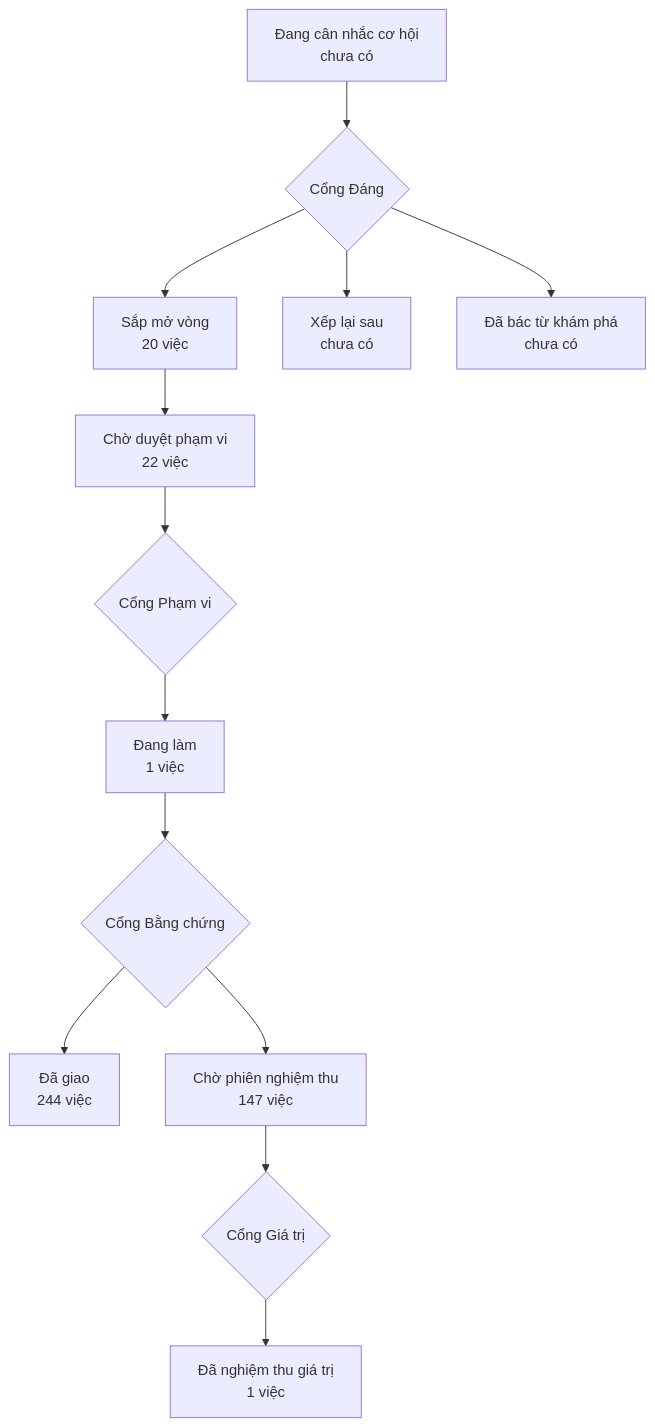
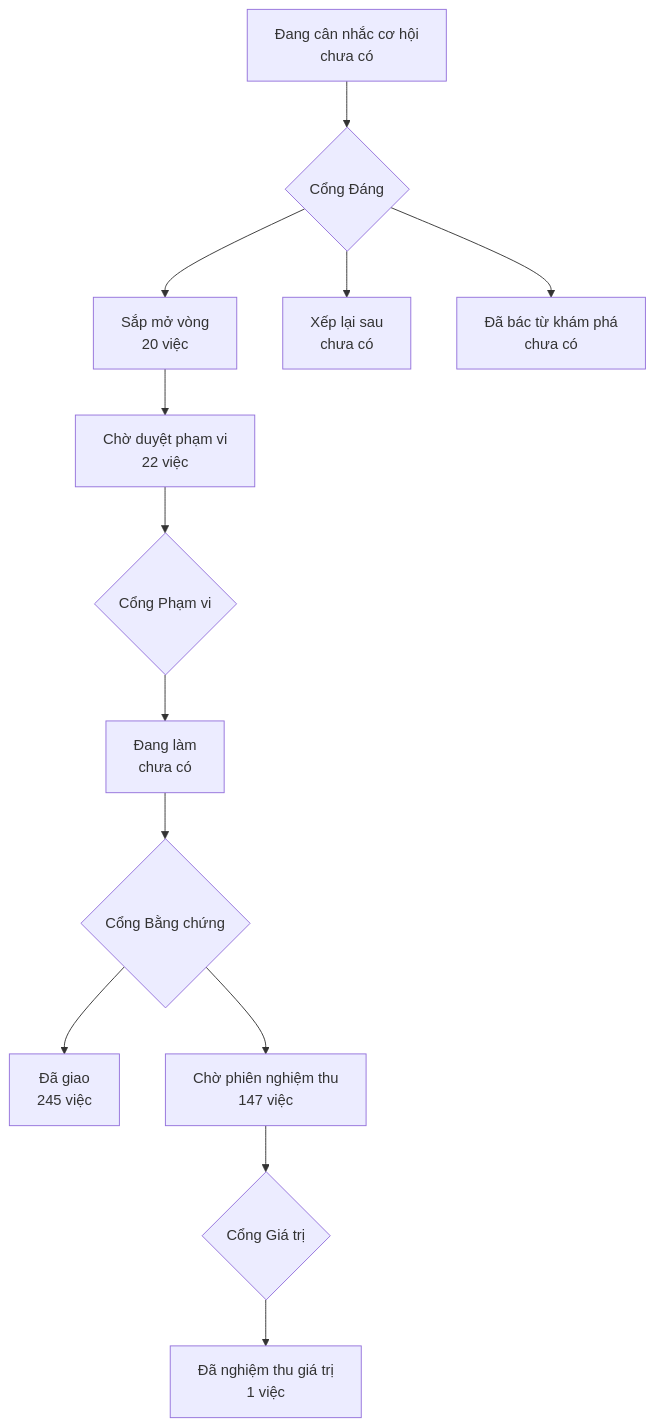
One commit to phanlemanh/onehub-invest changed the diagram in PRODUCT-MAP.md. Above: the diagram before and after it, drawn with Mermaid. The commit also changed other lines of this file and 4 other files, not shown here.

````diff
--- a/PRODUCT-MAP.md
+++ b/PRODUCT-MAP.md
@@ -7,12 +7,12 @@
 ```mermaid
 flowchart TD
   A["Đang cân nhắc cơ hội<br/>chưa có"] --> GD{"Cổng Đáng"}
   GD --> B["Sắp mở vòng<br/>20 việc"]
   GD --> XL["Xếp lại sau<br/>chưa có"]
   GD --> DB["Đã bác từ khám phá<br/>chưa có"]
   B --> CD["Chờ duyệt phạm vi<br/>22 việc"] --> GP{"Cổng Phạm vi"}
-  GP --> DL["Đang làm<br/>1 việc"] --> GB{"Cổng Bằng chứng"}
-  GB --> DG["Đã giao<br/>244 việc"]
+  GP --> DL["Đang làm<br/>chưa có"] --> GB{"Cổng Bằng chứng"}
+  GB --> DG["Đã giao<br/>245 việc"]
   GB --> CN["Chờ phiên nghiệm thu<br/>147 việc"] --> GG{"Cổng Giá trị"}
   GG --> NT["Đã nghiệm thu giá trị<br/>1 việc"]
 ```
````
